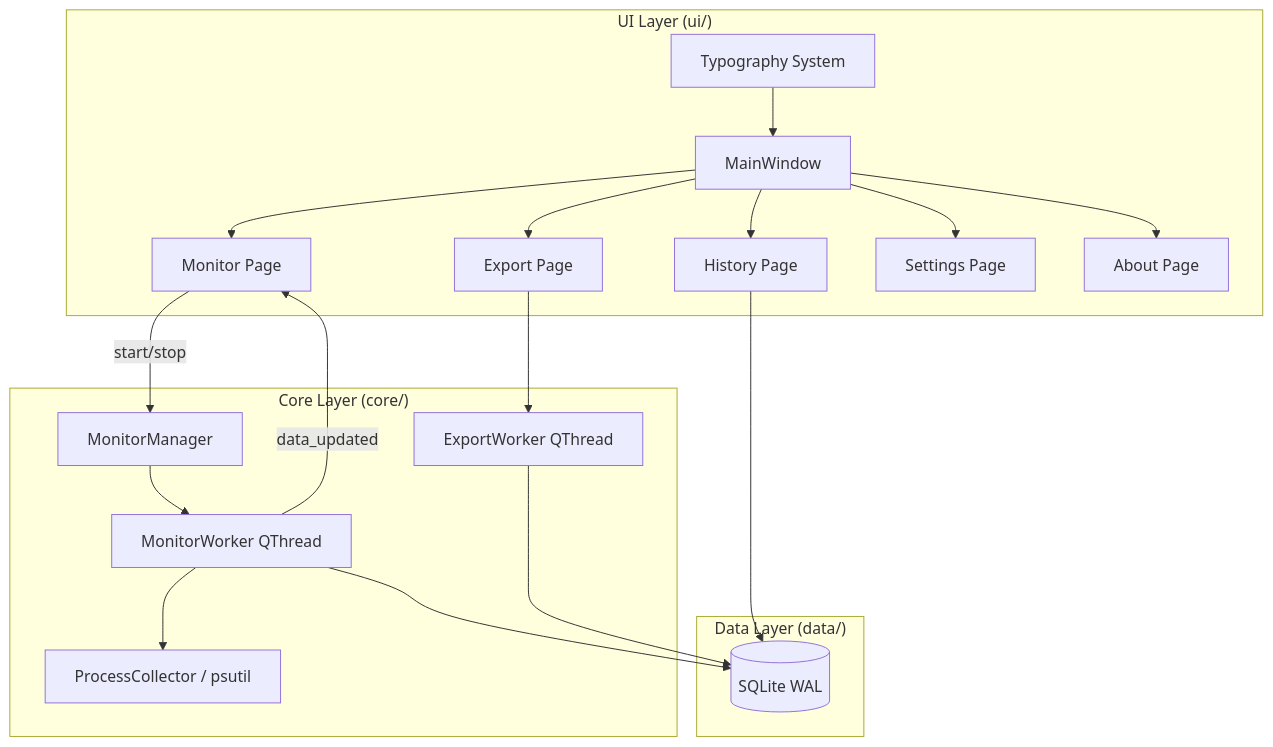
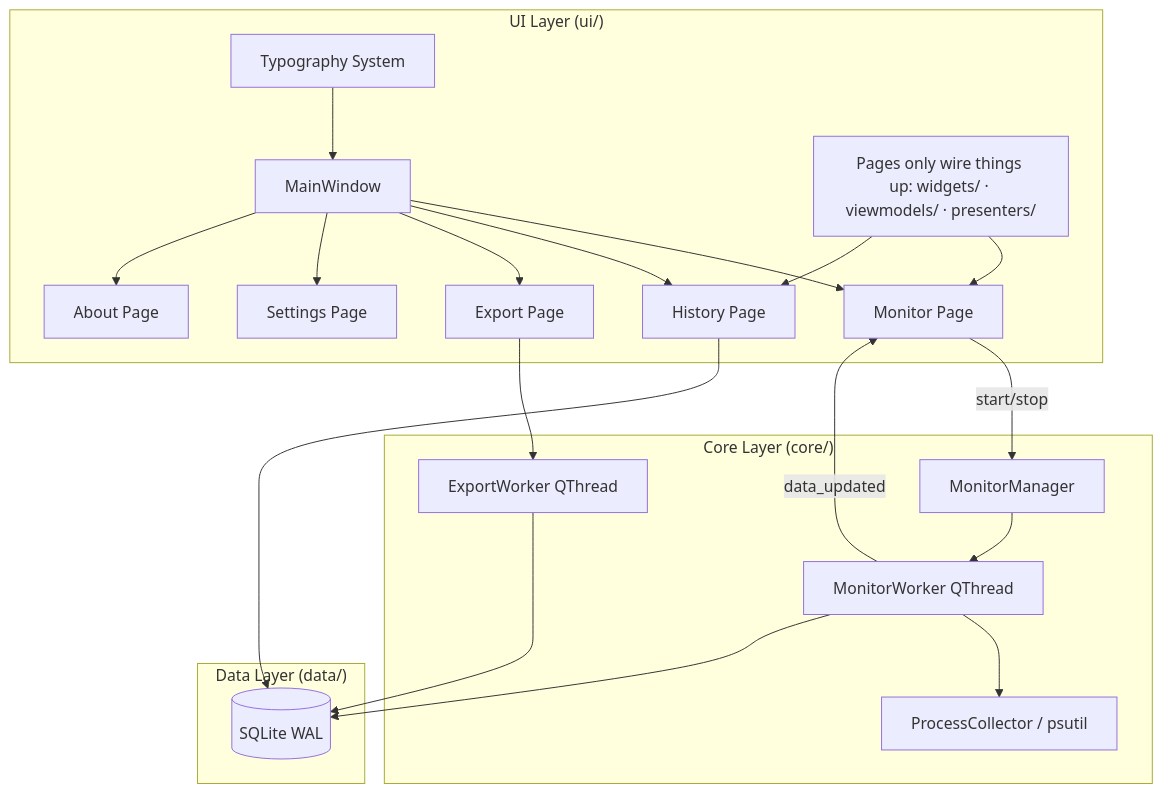
Before and after one commit to liujialu0330/ProcessMonitor: the diagram in README.md, drawn with Mermaid. The commit also changed other lines of this file and 69 other files, not shown here.

First line of the commit message:
拆分界面层为控件、视图模型与 Presenter

````diff
--- a/README.md
+++ b/README.md
@@ -107,24 +107,26 @@
 ```mermaid
 flowchart TD
     subgraph UI["UI Layer (ui/)"]
         MW[MainWindow] --> MP[Monitor Page]
         MW --> HP[History Page]
         MW --> EP[Export Page]
         MW --> SP[Settings Page]
         MW --> AP[About Page]
         TS[Typography System] --> MW
+        UW[Pages only wire things up: widgets/ · viewmodels/ · presenters/] --> MP
+        UW --> HP
     end
     subgraph Core["Core Layer (core/)"]
         MM[MonitorManager] --> MT[MonitorWorker QThread]
         MT --> PC[ProcessCollector / psutil]
         EW[ExportWorker QThread]
     end
     subgraph Data["Data Layer (data/)"]
         DB[(SQLite WAL)]
     end
     MP -->|start/stop| MM
     MT -->|data_updated| MP
     MT --> DB
     HP --> DB
     EP --> EW --> DB
 ```
````
